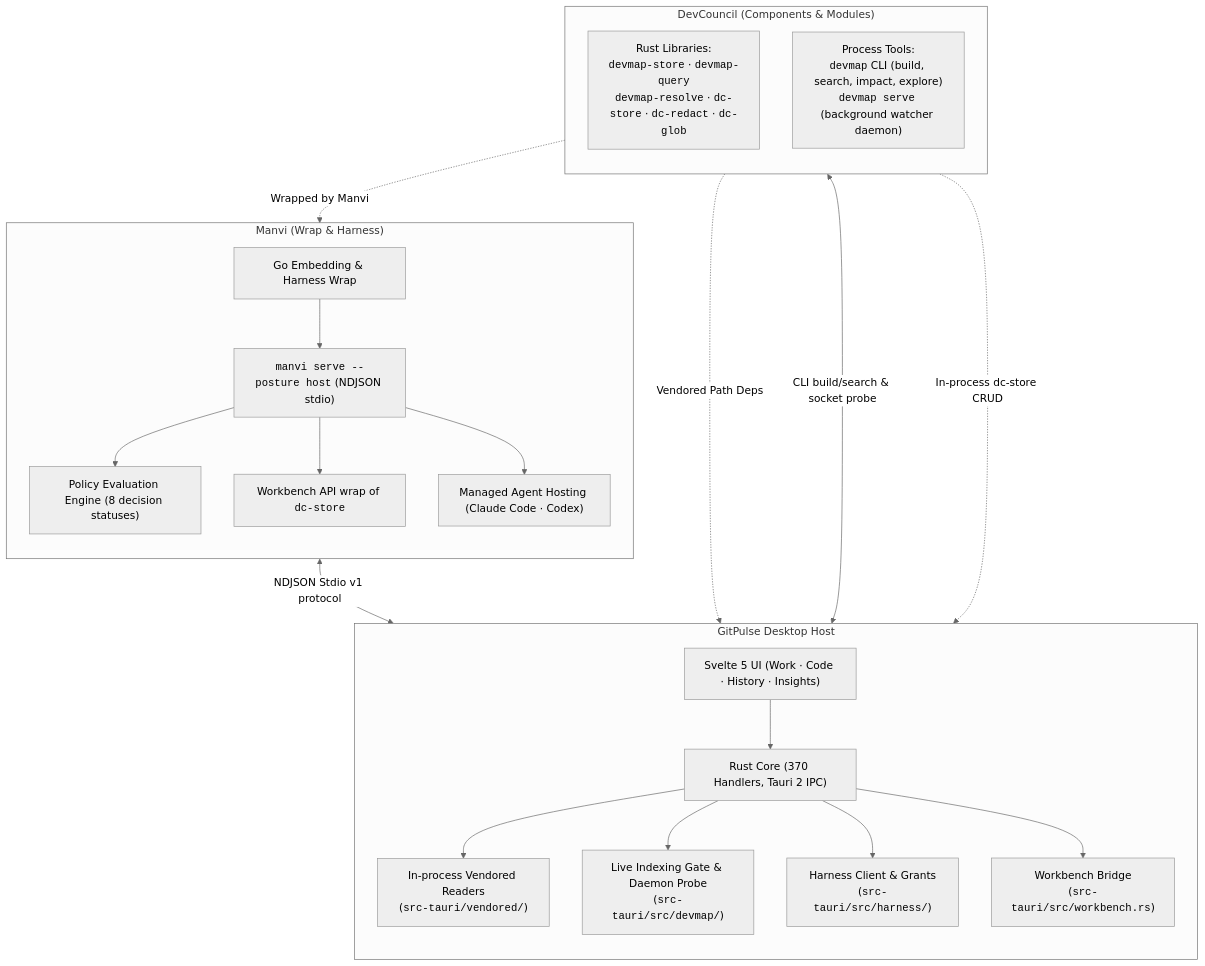
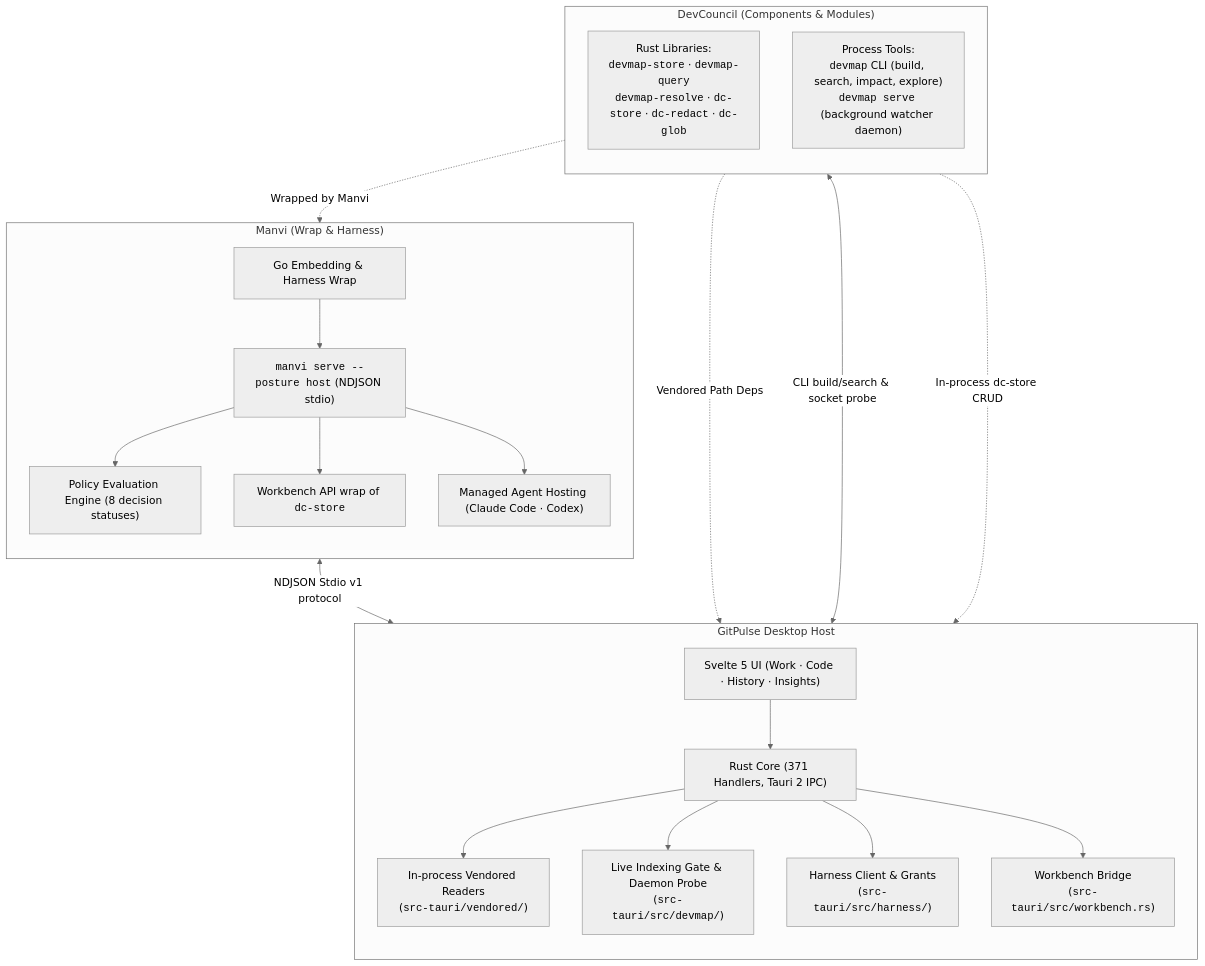
Before and after one commit to bharathvbcr/GitPulse: the first of 3 diagrams in docs/MODULE_INTEGRATION.md, drawn with Mermaid (neutral theme). The commit also changed 39 other files, not shown here.

````diff
--- a/docs/MODULE_INTEGRATION.md
+++ b/docs/MODULE_INTEGRATION.md
@@ -40,43 +40,43 @@
 ```mermaid
 flowchart TD
     subgraph DevCouncil["DevCouncil (Components & Modules)"]
         direction TB
         DCLibs["Rust Libraries:<br/><code>devmap-store</code> · <code>devmap-query</code><br/><code>devmap-resolve</code> · <code>dc-store</code> · <code>dc-redact</code> · <code>dc-glob</code>"]
         DCCLI["Process Tools:<br/><code>devmap</code> CLI (build, search, impact, explore)<br/><code>devmap serve</code> (background watcher daemon)"]
     end
 
     subgraph Manvi["Manvi (Wrap & Harness)"]
         direction TB
         ManviWrap["Go Embedding & Harness Wrap"]
         ManviSidecar["<code>manvi serve --posture host</code> (NDJSON stdio)"]
         ManviPolicy["Policy Evaluation Engine (8 decision statuses)"]
         ManviWorkbench["Workbench API wrap of <code>dc-store</code>"]
         ManviAgents["Managed Agent Hosting (Claude Code · Codex)"]
         ManviWrap --> ManviSidecar
         ManviSidecar --> ManviPolicy
         ManviSidecar --> ManviWorkbench
         ManviSidecar --> ManviAgents
     end
 
     subgraph GitPulseHost["GitPulse Desktop Host"]
         direction TB
         UIHost["Svelte 5 UI (Work · Code · History · Insights)"]
-        RustIPC["Rust Core (370 Handlers, Tauri 2 IPC)"]
+        RustIPC["Rust Core (371 Handlers, Tauri 2 IPC)"]
         InProcessReaders["In-process Vendored Readers<br/>(<code>src-tauri/vendored/</code>)"]
         CLIGate["Live Indexing Gate & Daemon Probe<br/>(<code>src-tauri/src/devmap/</code>)"]
         HarnessClient["Harness Client & Grants<br/>(<code>src-tauri/src/harness/</code>)"]
         WorkbenchCmd["Workbench Bridge<br/>(<code>src-tauri/src/workbench.rs</code>)"]
 
         UIHost --> RustIPC
         RustIPC --> InProcessReaders
         RustIPC --> CLIGate
         RustIPC --> HarnessClient
         RustIPC --> WorkbenchCmd
     end
 
     DCLibs -.->|Vendored Path Deps| InProcessReaders
     DCCLI <-->|CLI build/search & socket probe| CLIGate
     DCLibs -.->|Wrapped by Manvi| ManviWorkbench
     ManviSidecar <-->|NDJSON Stdio v1 protocol| HarnessClient
     DCLibs -.->|In-process dc-store CRUD| WorkbenchCmd
 ```
````
